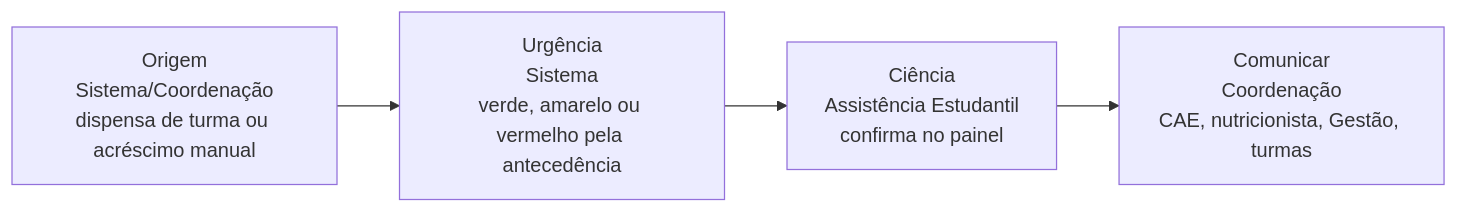
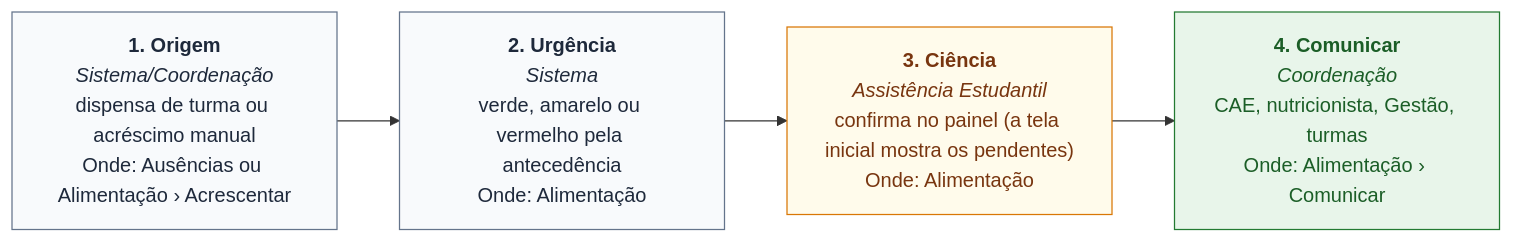
Before and after one commit to cctrc-bvg/sgc-redes-bvg: the fifth of 14 diagrams in docs/MANUAL_DO_USUARIO.md, drawn with Mermaid. The commit also changed other lines of this file and 109 other files, not shown here.

````diff
--- a/docs/MANUAL_DO_USUARIO.md
+++ b/docs/MANUAL_DO_USUARIO.md
@@ -324,10 +378,15 @@
 ```mermaid
 flowchart LR
-  E0["Origem<br/>Sistema/Coordenação<br/>dispensa de turma ou acréscimo manual"]
-  E1["Urgência<br/>Sistema<br/>verde, amarelo ou vermelho pela antecedência"]
+  classDef gestao fill:#e8f5ea,stroke:#237a32,color:#1b5e27
+  classDef docencia fill:#e8f0fb,stroke:#1d5fb8,color:#174a8f
+  classDef setor fill:#fffbeb,stroke:#d97706,color:#78350f
+  classDef sistema fill:#f8fafc,stroke:#64748b,color:#1e293b
+  classDef todos fill:#ffffff,stroke:#64748b,color:#1e293b
+  E0["<b>1. Origem</b><br/><i>Sistema/Coordenação</i><br/>dispensa de turma ou acréscimo manual<br/>Onde: Ausências ou Alimentação › Acrescentar"]:::sistema
+  E1["<b>2. Urgência</b><br/><i>Sistema</i><br/>verde, amarelo ou vermelho pela antecedência<br/>Onde: Alimentação"]:::sistema
   E0 --> E1
-  E2["Ciência<br/>Assistência Estudantil<br/>confirma no painel"]
+  E2["<b>3. Ciência</b><br/><i>Assistência Estudantil</i><br/>confirma no painel (a tela inicial mostra os pendentes)<br/>Onde: Alimentação"]:::setor
   E1 --> E2
-  E3["Comunicar<br/>Coordenação<br/>CAE, nutricionista, Gestão, turmas"]
+  E3["<b>4. Comunicar</b><br/><i>Coordenação</i><br/>CAE, nutricionista, Gestão, turmas<br/>Onde: Alimentação › Comunicar"]:::gestao
   E2 --> E3
 ```
````
